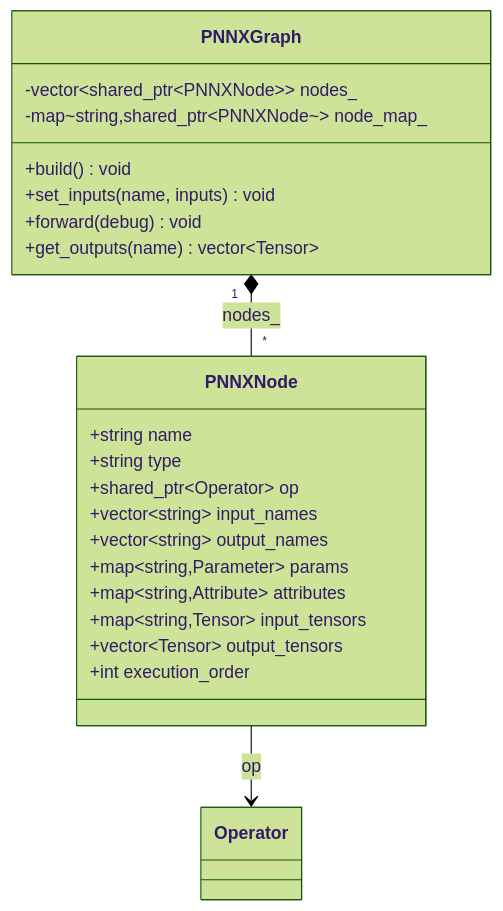
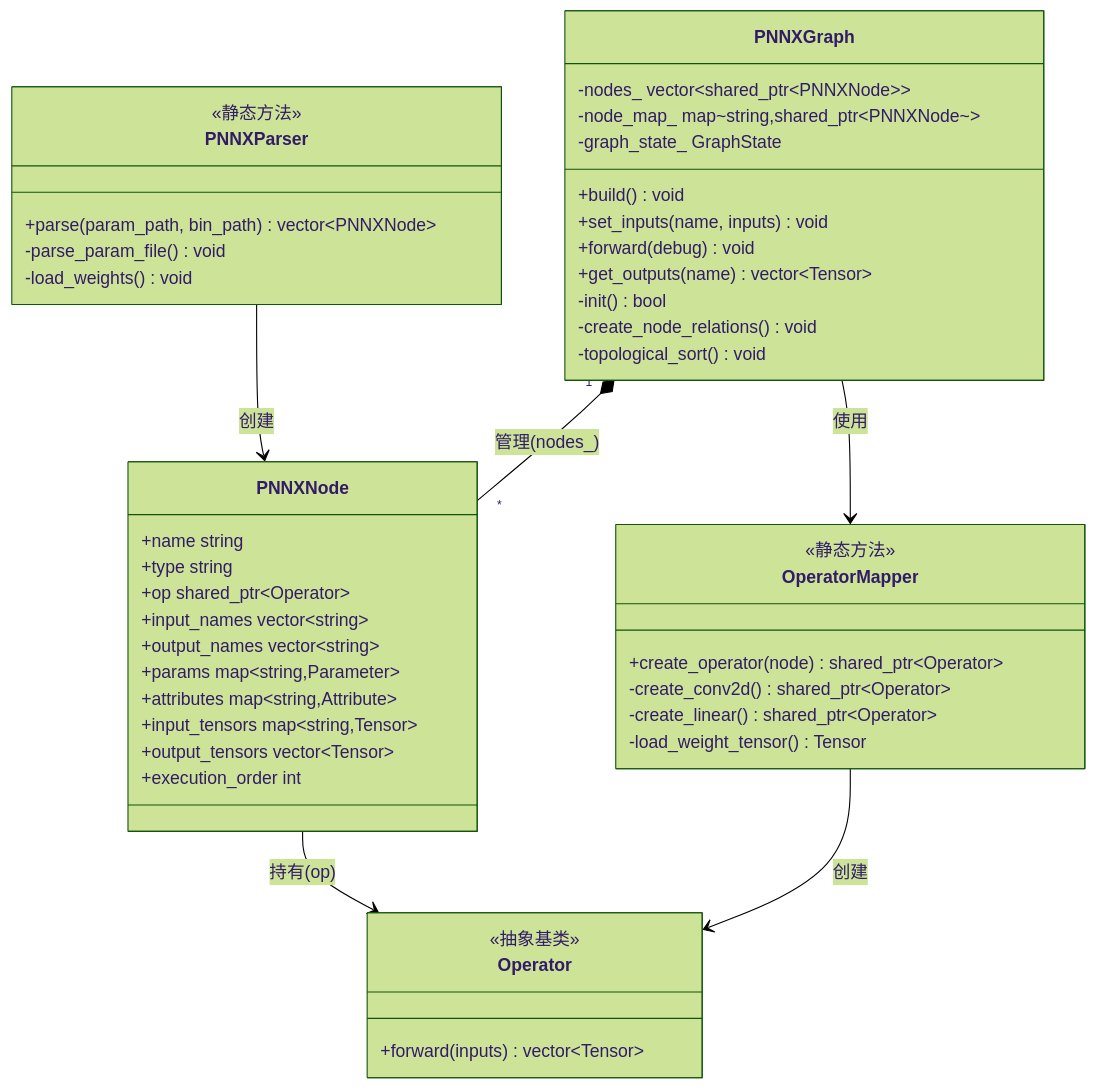
Diagram 44 of 47 in docs/design/architecture.md (jinbooooom/OriginDL), drawn with Mermaid (forest theme) before and after one commit. The commit also changed other lines of this file, not shown here.

Commit message:
doc(design): refactor architecture documentation chapters 3，4，6, 7 and 10

````diff
--- a/docs/design/architecture.md
+++ b/docs/design/architecture.md
@@ -1882,27 +2373,54 @@
 ```mermaid
 classDiagram
-    class PNNXNode {
-        +string name
-        +string type
-        +shared_ptr~Operator~ op
-        +vector~string~ input_names
-        +vector~string~ output_names
-        +map~string,Parameter~ params
-        +map~string,Attribute~ attributes
-        +map~string,Tensor~ input_tensors
-        +vector~Tensor~ output_tensors
-        +int execution_order
+    class PNNXParser {
+        <<静态方法>>
+        +parse(param_path, bin_path) vector~PNNXNode~
+        -parse_param_file() void
+        -load_weights() void
     }
     
     class PNNXGraph {
-        -vector~shared_ptr~PNNXNode~~ nodes_
-        -map~string,shared_ptr~PNNXNode~~ node_map_
+        -nodes_ vector~shared_ptr~PNNXNode~~
+        -node_map_ map~string,shared_ptr~PNNXNode~~
+        -graph_state_ GraphState
         +build() void
         +set_inputs(name, inputs) void
         +forward(debug) void
         +get_outputs(name) vector~Tensor~
+        -init() bool
+        -create_node_relations() void
+        -topological_sort() void
     }
     
-    PNNXGraph "1" *-- "*" PNNXNode : nodes_
-    PNNXNode --> Operator : op
+    class PNNXNode {
+        +name string
+        +type string
+        +op shared_ptr~Operator~
+        +input_names vector~string~
+        +output_names vector~string~
+        +params map~string,Parameter~
+        +attributes map~string,Attribute~
+        +input_tensors map~string,Tensor~
+        +output_tensors vector~Tensor~
+        +execution_order int
+    }
+    
+    class OperatorMapper {
+        <<静态方法>>
+        +create_operator(node) shared_ptr~Operator~
+        -create_conv2d() shared_ptr~Operator~
+        -create_linear() shared_ptr~Operator~
+        -load_weight_tensor() Tensor
+    }
+    
+    class Operator {
+        <<抽象基类>>
+        +forward(inputs) vector~Tensor~
+    }
+    
+    PNNXParser --> PNNXNode : 创建
+    PNNXGraph "1" *-- "*" PNNXNode : 管理(nodes_)
+    PNNXGraph --> OperatorMapper : 使用
+    OperatorMapper --> Operator : 创建
+    PNNXNode --> Operator : 持有(op)
 ```
````
